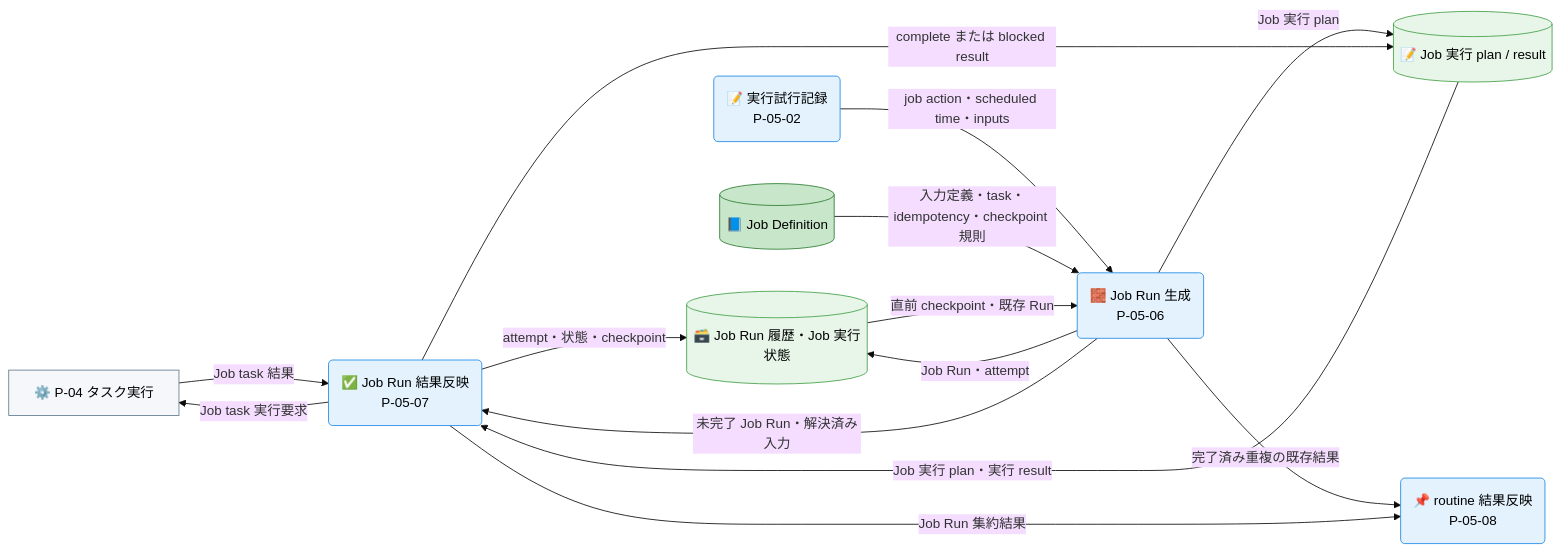
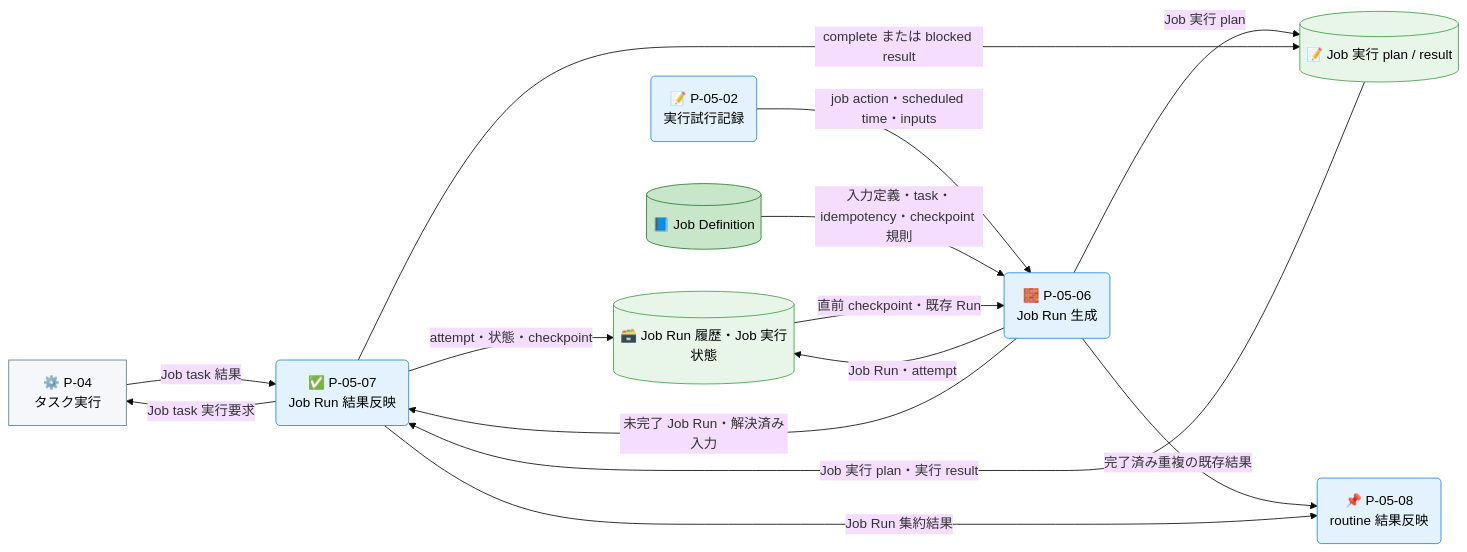
One commit to specdojo/specdojo changed the third of 3 diagrams in docs/ja/product/010-business-specs/010-data-flow/cdfd-routine.md. Above: the diagram before and after it, drawn with Mermaid (base theme). The commit also changed other lines of this file and 7 other files, not shown here.

````diff
--- a/docs/ja/product/010-business-specs/010-data-flow/cdfd-routine.md
+++ b/docs/ja/product/010-business-specs/010-data-flow/cdfd-routine.md
@@ -180,37 +180,37 @@
 ```mermaid
 flowchart LR
   classDef process fill:#e3f2fd,stroke:#1e88e5,color:#000
   classDef storeMaster fill:#c8e6c9,stroke:#2e7d32,color:#000
   classDef storeTransaction fill:#e8f5e9,stroke:#43a047,color:#000
   classDef actor fill:#f5f7fa,stroke:#607d8b,color:#000
 
-  タスク実行先["⚙️ P-04 タスク実行"]
+  タスク実行先["⚙️ P-04<br>タスク実行"]
 
-  実行試行記録("📝 実行試行記録<br>P-05-02")
-  JobRun生成("🧱 Job Run 生成<br>P-05-06")
-  JobRun結果反映("✅ Job Run 結果反映<br>P-05-07")
-  routine結果反映("📌 routine 結果反映<br>P-05-08")
+  実行試行記録("📝 P-05-02<br>実行試行記録")
+  JobRun生成("🧱 P-05-06<br>Job Run 生成")
+  JobRun結果反映("✅ P-05-07<br>Job Run 結果反映")
+  routine結果反映("📌 P-05-08<br>routine 結果反映")
 
   JobDefinition[("📘 Job Definition")]
   JobRun履歴[("🗃️ Job Run 履歴・Job 実行状態")]
   planResult[("📝 Job 実行 plan / result")]
 
   実行試行記録 -->|"job action・scheduled time・inputs"| JobRun生成
   JobDefinition -->|"入力定義・task・idempotency・checkpoint 規則"| JobRun生成
   JobRun履歴 -->|"直前 checkpoint・既存 Run"| JobRun生成
   JobRun生成 -->|"Job Run・attempt"| JobRun履歴
   JobRun生成 -->|"Job 実行 plan"| planResult
   JobRun生成 -->|"未完了 Job Run・解決済み入力"| JobRun結果反映
   JobRun生成 -->|"完了済み重複の既存結果"| routine結果反映
   planResult -->|"Job 実行 plan・実行 result"| JobRun結果反映
   JobRun結果反映 -->|"Job task 実行要求"| タスク実行先
   タスク実行先 -->|"Job task 結果"| JobRun結果反映
   JobRun結果反映 -->|"attempt・状態・checkpoint"| JobRun履歴
   JobRun結果反映 -->|"complete または blocked result"| planResult
   JobRun結果反映 -->|"Job Run 集約結果"| routine結果反映
 
   class 実行試行記録,JobRun生成,JobRun結果反映,routine結果反映 process
   class JobDefinition storeMaster
   class JobRun履歴,planResult storeTransaction
   class タスク実行先 actor
 ```
````
